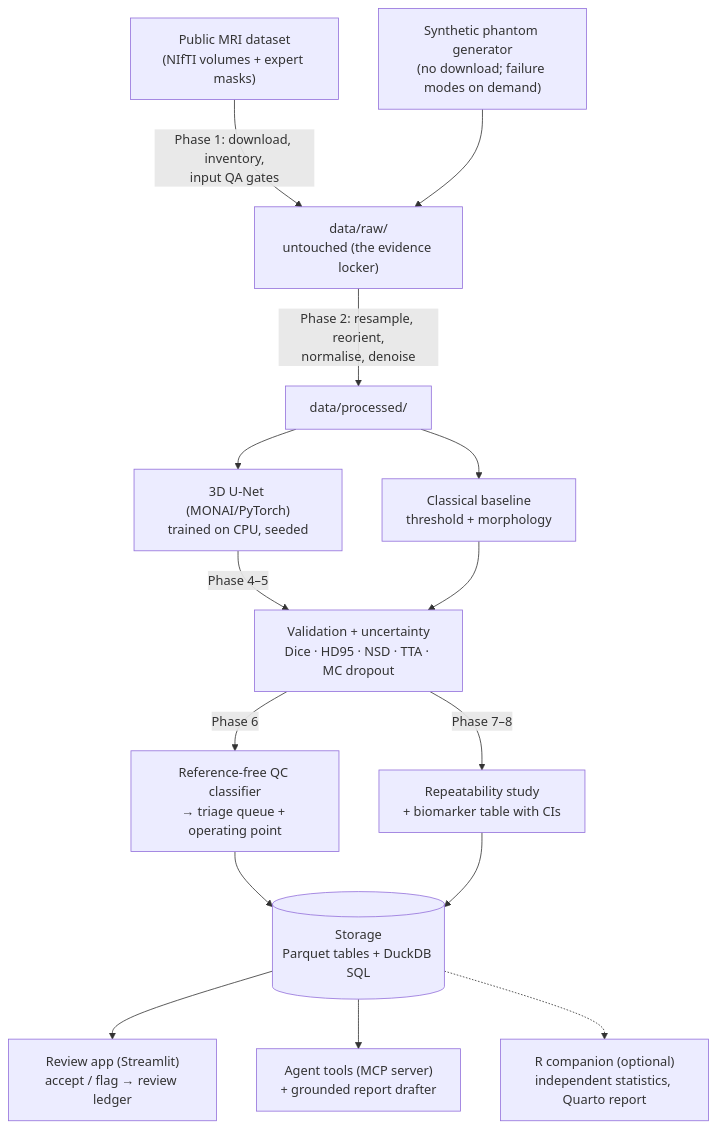
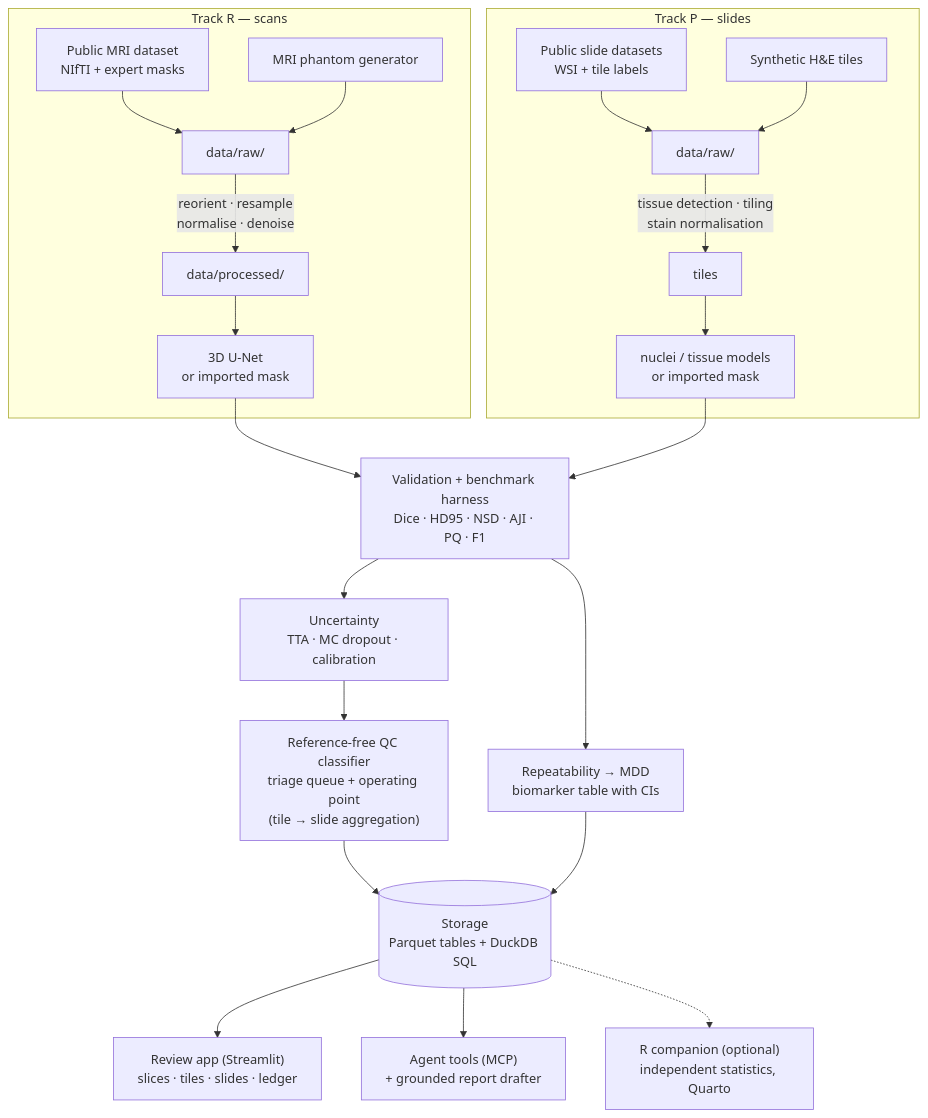
Before and after one commit to akannan2987/segaudit: the diagram in README.md, drawn with Mermaid. The commit also changed other lines of this file and 17 other files, not shown here.

Commit message:
phase 0P: two-track foundation - documentation, glossary-15, roadmaps, tutorial; v0.2.0-alpha.1

````diff
--- a/README.md
+++ b/README.md
@@ -125,17 +165,25 @@
 ```mermaid
 flowchart TD
-    A["Public MRI dataset<br/>(NIfTI volumes + expert masks)"] -->|Phase 1: download, inventory,<br/>input QA gates| B["data/raw/<br/>untouched (the evidence locker)"]
-    S["Synthetic phantom generator<br/>(no download; failure modes on demand)"] --> B
-    B -->|Phase 2: resample, reorient,<br/>normalise, denoise| C["data/processed/"]
-    C --> D["Classical baseline<br/>threshold + morphology"]
-    C --> E["3D U-Net (MONAI/PyTorch)<br/>trained on CPU, seeded"]
-    E -->|Phase 4–5| F["Validation + uncertainty<br/>Dice · HD95 · NSD · TTA · MC dropout"]
-    D --> F
-    F -->|Phase 6| G["Reference-free QC classifier<br/>→ triage queue + operating point"]
-    F -->|Phase 7–8| H["Repeatability study<br/>+ biomarker table with CIs"]
+    subgraph R["Track R — scans"]
+        A1["Public MRI dataset<br/>NIfTI + expert masks"] --> B1["data/raw/"]
+        S1["MRI phantom generator"] --> B1
+        B1 -->|reorient · resample<br/>normalise · denoise| C1["data/processed/"]
+        C1 --> M1["3D U-Net<br/>or imported mask"]
+    end
+    subgraph P["Track P — slides"]
+        A2["Public slide datasets<br/>WSI + tile labels"] --> B2["data/raw/"]
+        S2["Synthetic H&E tiles"] --> B2
+        B2 -->|tissue detection · tiling<br/>stain normalisation| C2["tiles"]
+        C2 --> M2["nuclei / tissue models<br/>or imported mask"]
+    end
+    M1 --> F["Validation + benchmark harness<br/>Dice · HD95 · NSD · AJI · PQ · F1"]
+    M2 --> F
+    F --> U["Uncertainty<br/>TTA · MC dropout · calibration"]
+    U --> G["Reference-free QC classifier<br/>triage queue + operating point<br/>(tile → slide aggregation)"]
+    F --> H["Repeatability → MDD<br/>biomarker table with CIs"]
     G --> ST[("Storage<br/>Parquet tables + DuckDB SQL")]
     H --> ST
-    ST --> I["Review app (Streamlit)<br/>accept / flag → review ledger"]
-    ST --> J["Agent tools (MCP server)<br/>+ grounded report drafter"]
-    ST -.-> R["R companion (optional)<br/>independent statistics, Quarto report"]
+    ST --> I["Review app (Streamlit)<br/>slices · tiles · slides · ledger"]
+    ST --> J["Agent tools (MCP)<br/>+ grounded report drafter"]
+    ST -.-> RC["R companion (optional)<br/>independent statistics, Quarto"]
 ```
````
